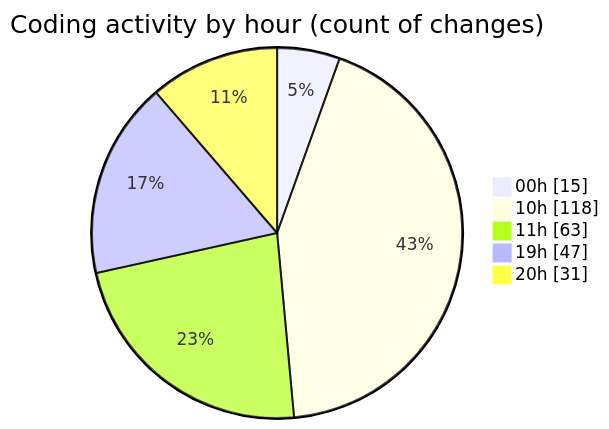
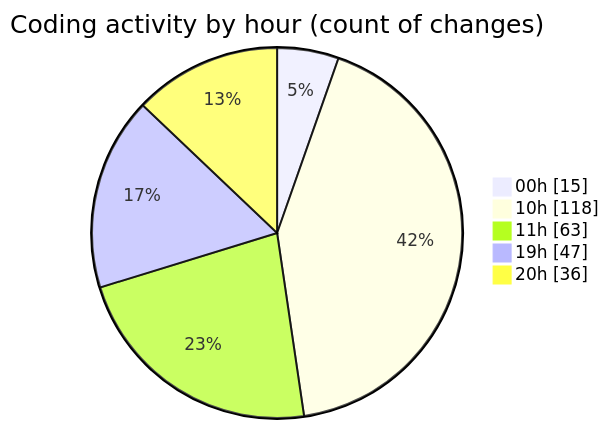
Before and after one commit to Ritupan-Deka/code-tracking: the second of 2 diagrams in 2026-01-11/dsa/README.md, drawn with Mermaid. The commit also changed other lines of this file and 1 other file, not shown here.

````diff
--- a/2026-01-11/dsa/README.md
+++ b/2026-01-11/dsa/README.md
@@ -29,9 +29,9 @@
 ```mermaid
 pie showData
 title Coding activity by hour (count of changes)
 "00h" : 15
 "10h" : 118
 "11h" : 63
 "19h" : 47
-"20h" : 31
+"20h" : 36
 ```
````
